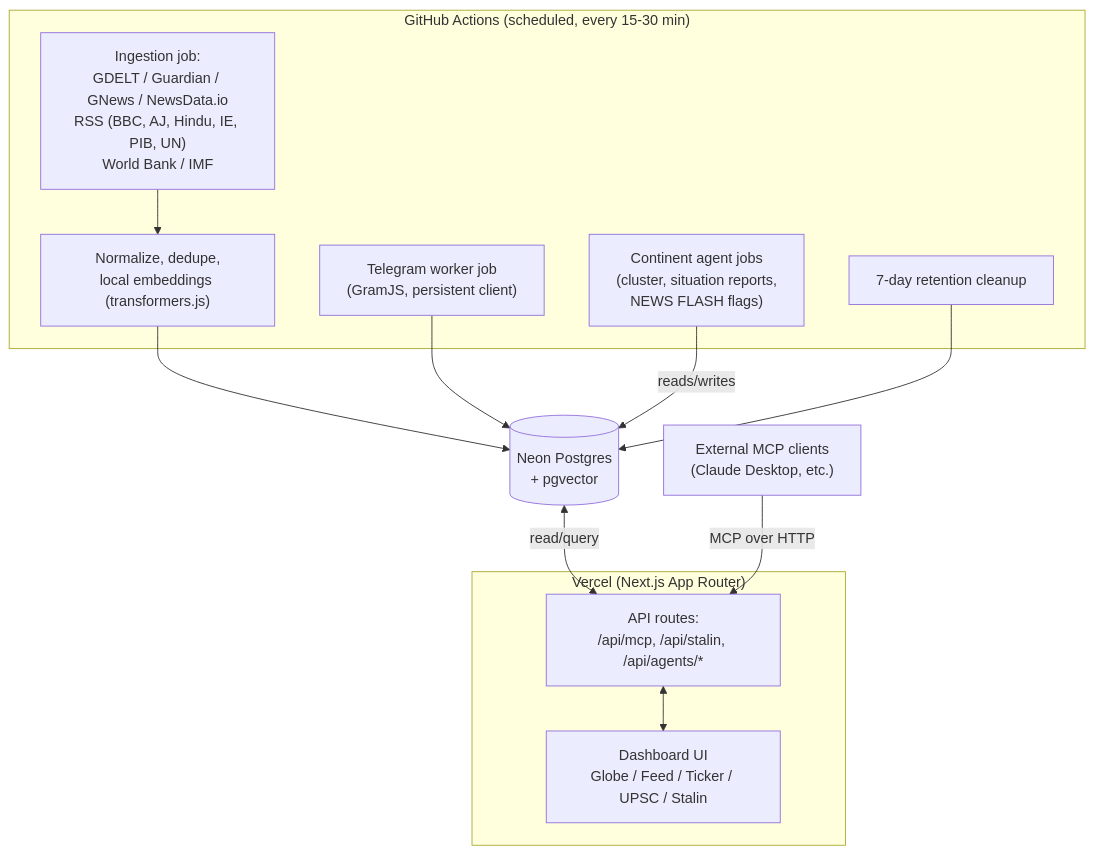
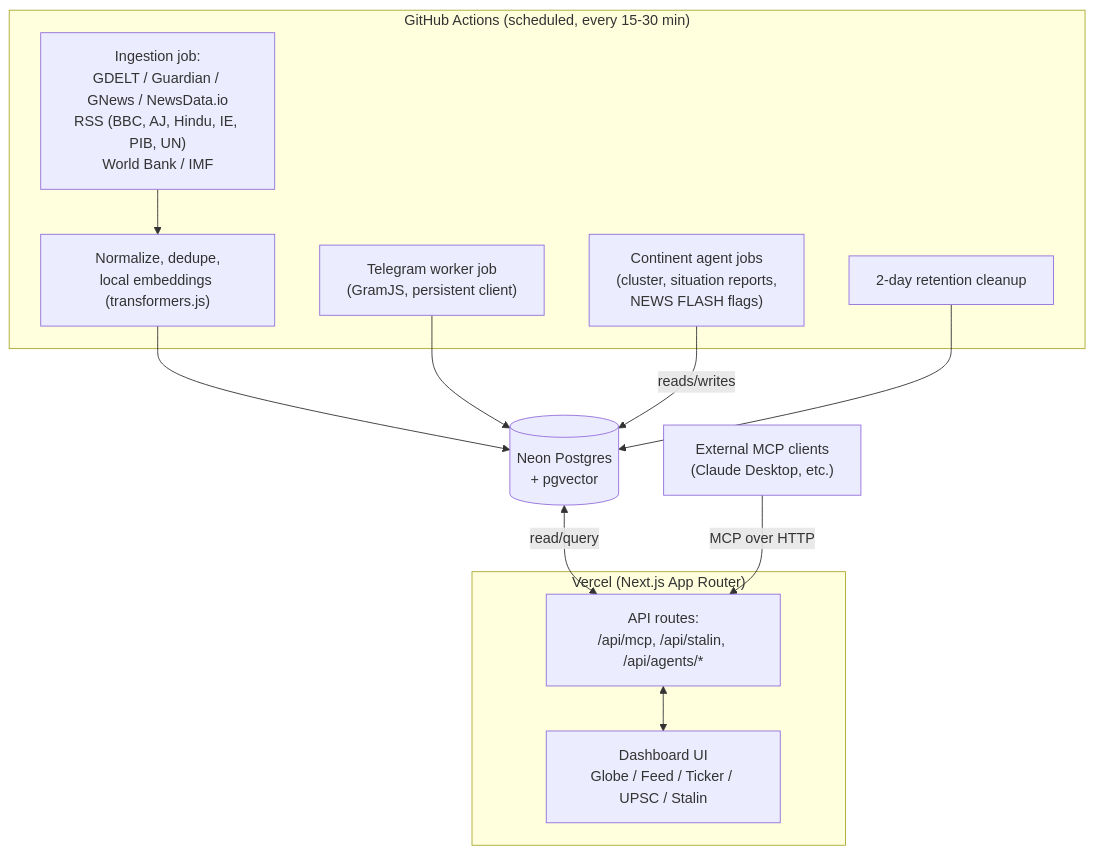
The diagram in PLAN.md (AdverseTorque/Stalin), drawn with Mermaid before and after one commit. The commit also changed other lines of this file and 19 other files, not shown here.

````diff
--- a/PLAN.md
+++ b/PLAN.md
@@ -76,26 +76,26 @@
 ```mermaid
 flowchart TB
     subgraph GHA["GitHub Actions (scheduled, every 15-30 min)"]
         ING["Ingestion job:\nGDELT / Guardian / GNews / NewsData.io\nRSS (BBC, AJ, Hindu, IE, PIB, UN)\nWorld Bank / IMF"]
         TG["Telegram worker job\n(GramJS, persistent client)"]
         EMB["Normalize, dedupe,\nlocal embeddings (transformers.js)"]
         AGENTS["Continent agent jobs\n(cluster, situation reports,\nNEWS FLASH flags)"]
-        CLEAN["7-day retention cleanup"]
+        CLEAN["2-day retention cleanup"]
     end
 
     DB[("Neon Postgres\n+ pgvector")]
 
     ING --> EMB --> DB
     TG --> DB
     AGENTS -- reads/writes --> DB
     CLEAN --> DB
 
     subgraph VERCEL["Vercel (Next.js App Router)"]
         UI["Dashboard UI\nGlobe / Feed / Ticker / UPSC / Stalin"]
         API["API routes:\n/api/mcp, /api/stalin, /api/agents/*"]
     end
 
     DB <-- read/query --> API
     API <--> UI
     MCPC["External MCP clients\n(Claude Desktop, etc.)"] -->|MCP over HTTP| API
 ```
````
